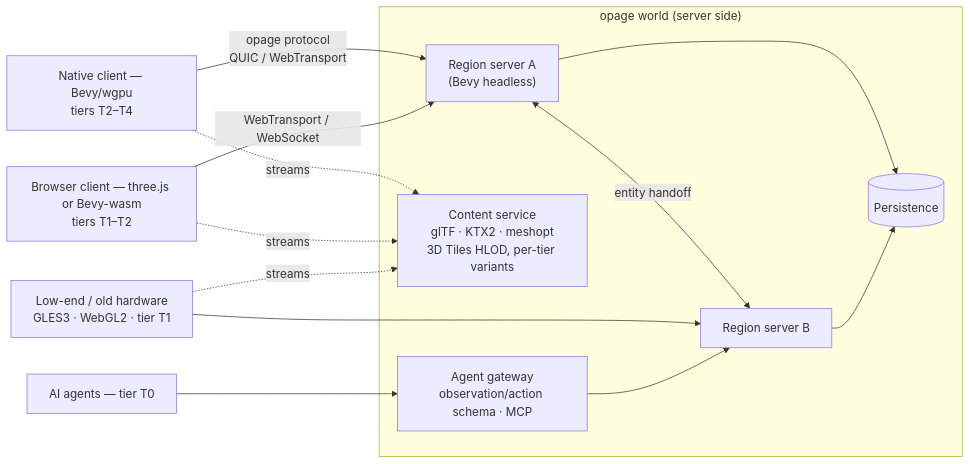
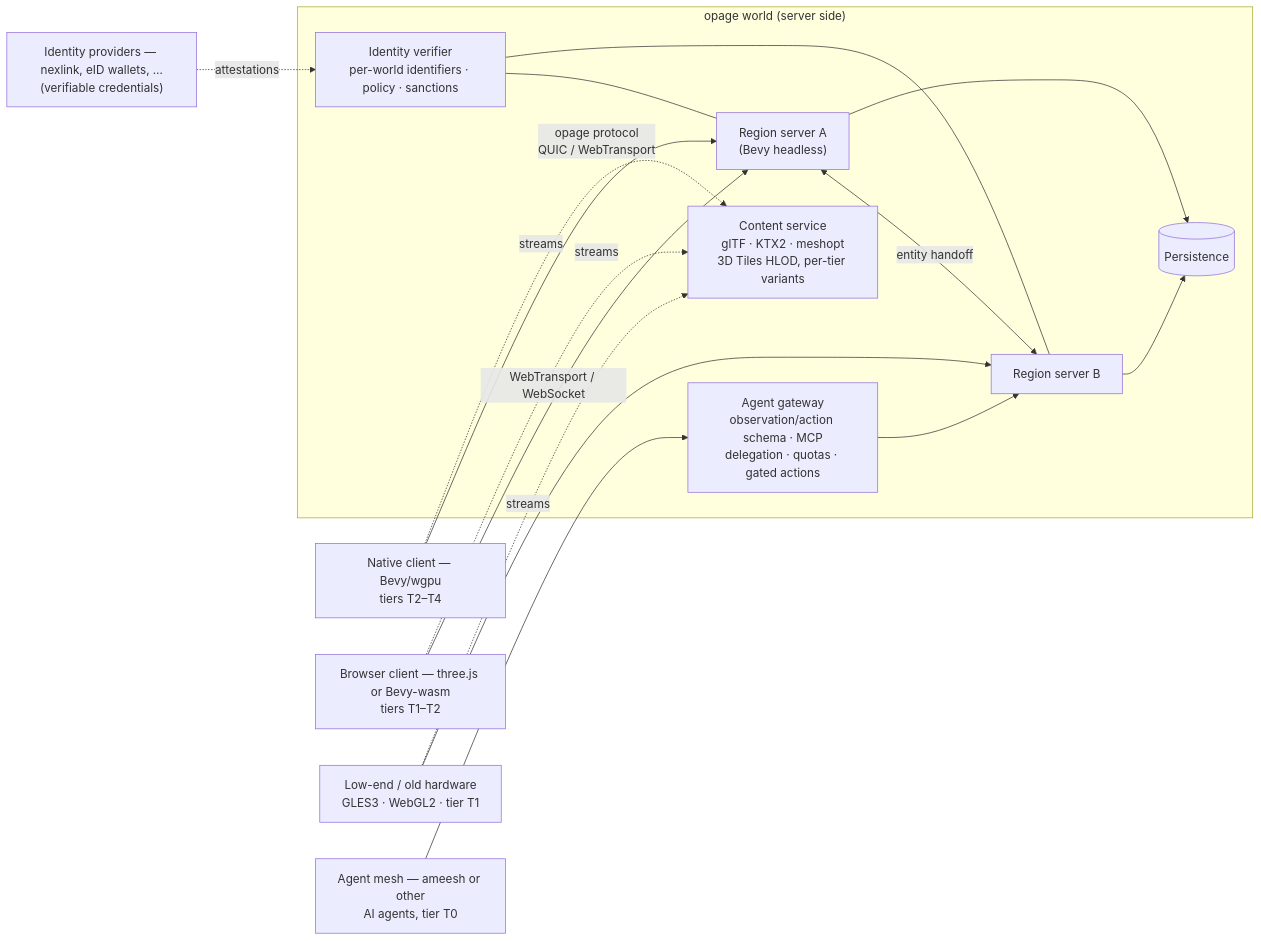
One commit to smichea/osage changed the diagram in research/00-synthesis.md. Above: the diagram before and after it, drawn with Mermaid. The commit also changed other lines of this file and 2 other files, not shown here.

First line of the commit message:
Design 01: account uniqueness and the agent mesh, built in from v0

````diff
--- a/research/00-synthesis.md
+++ b/research/00-synthesis.md
@@ -46,17 +47,21 @@
 ```mermaid
 flowchart LR
   subgraph World["opage world (server side)"]
     RA["Region server A<br/>(Bevy headless)"] <-->|entity handoff| RB["Region server B"]
     RA --> DB[("Persistence")]
     RB --> DB
     CS["Content service<br/>glTF · KTX2 · meshopt<br/>3D Tiles HLOD, per-tier variants"]
-    AG["Agent gateway<br/>observation/action schema · MCP"]
+    AG["Agent gateway<br/>observation/action schema · MCP<br/>delegation · quotas · gated actions"]
+    ID["Identity verifier<br/>per-world identifiers · policy · sanctions"]
   end
   N["Native client — Bevy/wgpu<br/>tiers T2–T4"] -->|"opage protocol<br/>QUIC / WebTransport"| RA
   W["Browser client — three.js or Bevy-wasm<br/>tiers T1–T2"] -->|"WebTransport / WebSocket"| RA
   L["Low-end / old hardware<br/>GLES3 · WebGL2 · tier T1"] --> RB
-  A["AI agents — tier T0"] --> AG --> RB
+  AM["Agent mesh — ameesh or other<br/>AI agents, tier T0"] --> AG --> RB
+  IP["Identity providers — nexlink, eID wallets, …<br/>(verifiable credentials)"] -. attestations .-> ID
+  ID --- RA
+  ID --- RB
   N -. streams .-> CS
   W -. streams .-> CS
   L -. streams .-> CS
 ```
````
